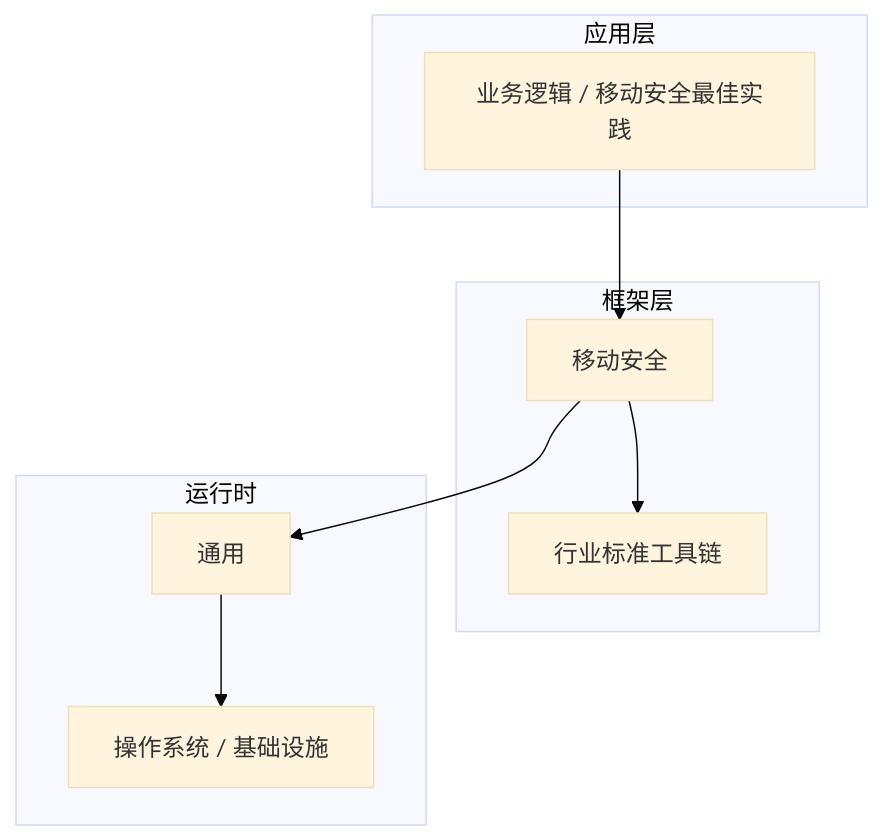
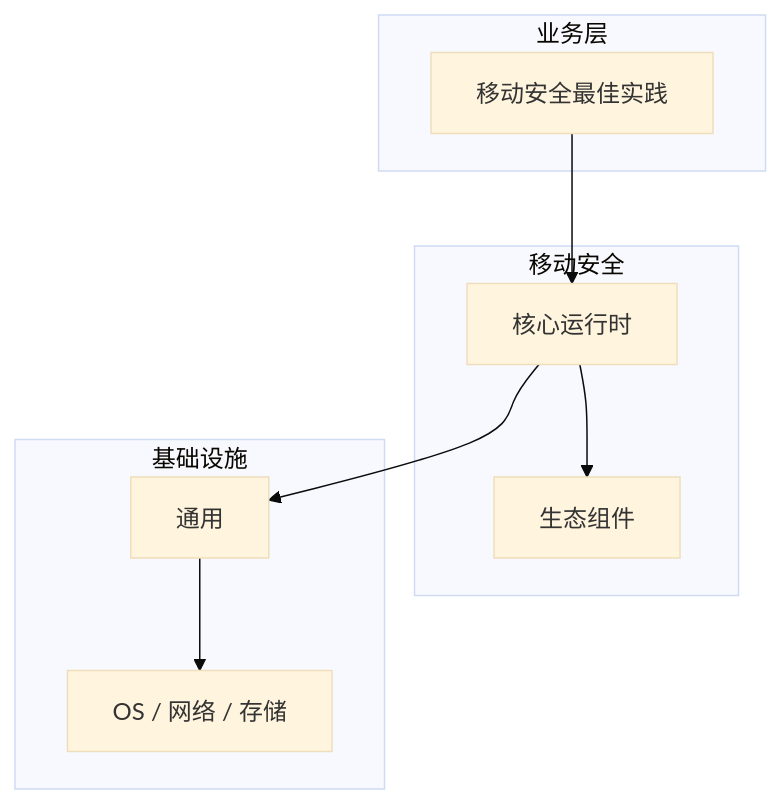
The diagram in articles/移动安全/chapters/055-移动安全最佳实践核心概念与原理.md (yanggan2015/knowledge-json-v2), drawn with Mermaid (base theme) before and after one commit. The commit also changed other lines of this file and 10127 other files, not shown here.

````diff
--- a/articles/移动安全/chapters/055-移动安全最佳实践核心概念与原理.md
+++ b/articles/移动安全/chapters/055-移动安全最佳实践核心概念与原理.md
@@ -46,18 +35,18 @@
 ```mermaid
 graph TB
-    subgraph 应用层
-        A[业务逻辑 / 移动安全最佳实践]
+    subgraph 业务层
+        A[移动安全最佳实践]
     end
-    subgraph 框架层
-        B[移动安全]
-        C[行业标准工具链]
+    subgraph 移动安全
+        B[核心运行时]
+        C[生态组件]
     end
-    subgraph 运行时
+    subgraph 基础设施
         D[通用]
-        E[操作系统 / 基础设施]
+        E[OS / 网络 / 存储]
     end
     A --> B
     B --> C
     B --> D
     D --> E
 ```
````
